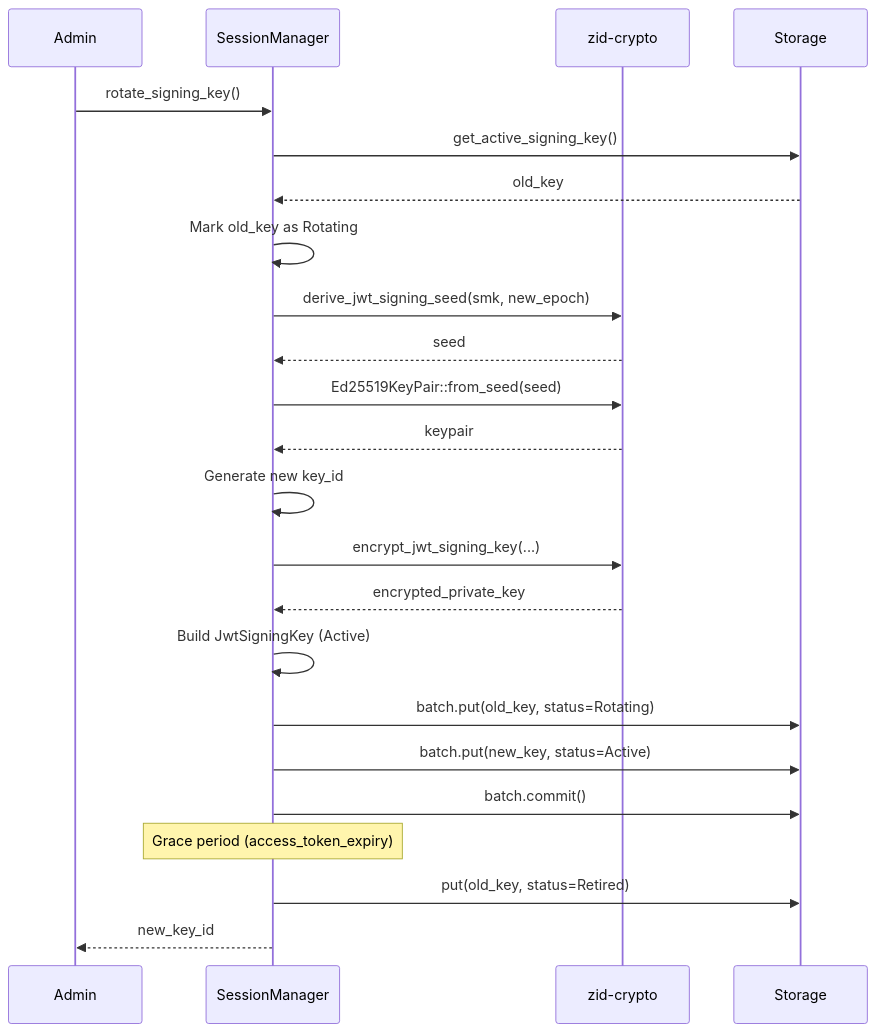
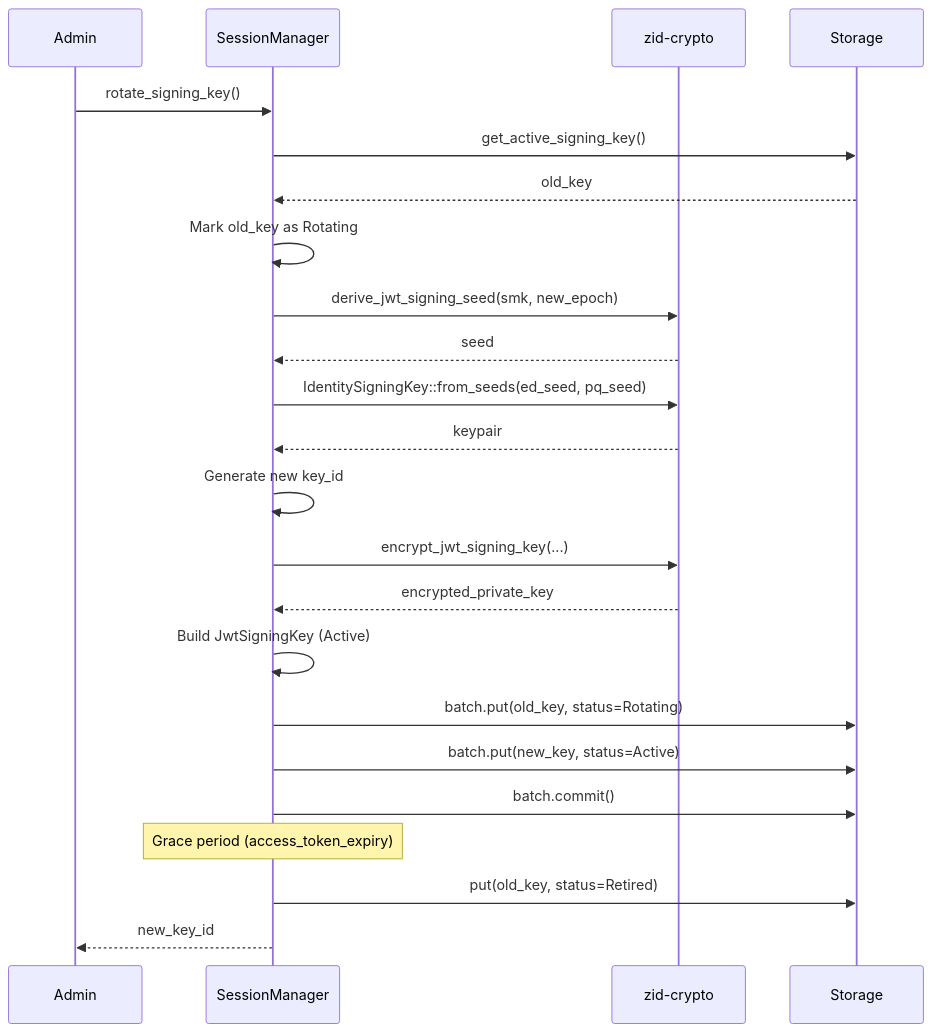
Before and after one commit to cypher-asi/zero-auth: the eighth of 8 diagrams in docs/spec/v0.1.1/05-sessions.md, drawn with Mermaid. The commit also changed 8 other files, not shown here.

````diff
--- a/docs/spec/v0.1.1/05-sessions.md
+++ b/docs/spec/v0.1.1/05-sessions.md
@@ -484,36 +484,36 @@
 ```mermaid
 sequenceDiagram
     participant Admin
     participant Sessions as SessionManager
     participant Crypto as zid-crypto
     participant Storage
     
     Admin->>Sessions: rotate_signing_key()
     
     Sessions->>Storage: get_active_signing_key()
     Storage-->>Sessions: old_key
     
     Sessions->>Sessions: Mark old_key as Rotating
     
     Sessions->>Crypto: derive_jwt_signing_seed(smk, new_epoch)
     Crypto-->>Sessions: seed
     
-    Sessions->>Crypto: Ed25519KeyPair::from_seed(seed)
+    Sessions->>Crypto: IdentitySigningKey::from_seeds(ed_seed, pq_seed)
     Crypto-->>Sessions: keypair
     
     Sessions->>Sessions: Generate new key_id
     Sessions->>Crypto: encrypt_jwt_signing_key(...)
     Crypto-->>Sessions: encrypted_private_key
     
     Sessions->>Sessions: Build JwtSigningKey (Active)
     
     Sessions->>Storage: batch.put(old_key, status=Rotating)
     Sessions->>Storage: batch.put(new_key, status=Active)
     Sessions->>Storage: batch.commit()
     
     Note over Sessions: Grace period (access_token_expiry)
     
     Sessions->>Storage: put(old_key, status=Retired)
     
     Sessions-->>Admin: new_key_id
 ```
````
